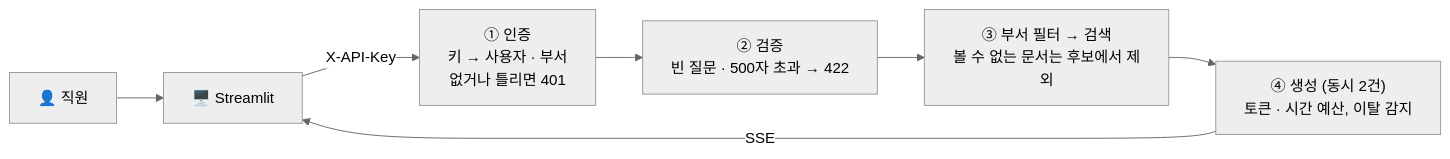
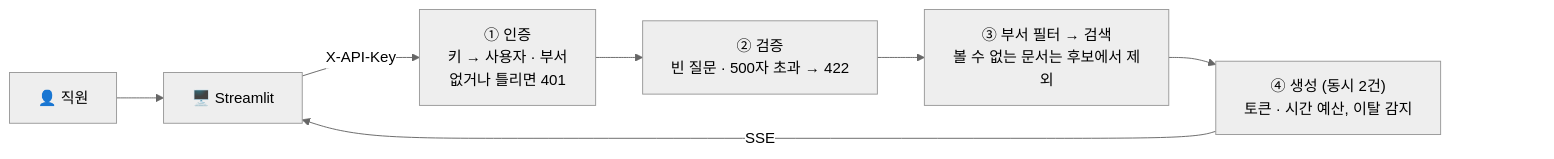
Before and after one commit to stella1298/AIFFEL_Quest_EPA: the diagram in Serving/Serving04/README.md, drawn with Mermaid (neutral theme). The commit also changed 3 other files, not shown here.

````diff
--- a/Serving/Serving04/README.md
+++ b/Serving/Serving04/README.md
@@ -23,9 +23,12 @@
 ```mermaid
 flowchart LR
     U["👤 직원"] --> S["🖥️ Streamlit"]
     S -->|"X-API-Key"| A["① 인증<br/>키 → 사용자 · 부서<br/>없거나 틀리면 401"]
     A --> V["② 검증<br/>빈 질문 · 500자 초과 → 422"]
     V --> R["③ 부서 필터 → 검색<br/>볼 수 없는 문서는 후보에서 제외"]
     R --> G["④ 생성 (동시 2건)<br/>토큰 · 시간 예산, 이탈 감지"]
     G -->|"SSE"| S
+    %% 오른쪽 아래 확대·이동 버튼이 그림을 가리지 않게 비워 두는 자리
+    G ~~~ pad["　　　　　　　　　"]
+    style pad fill:none,stroke:none
 ```
````
